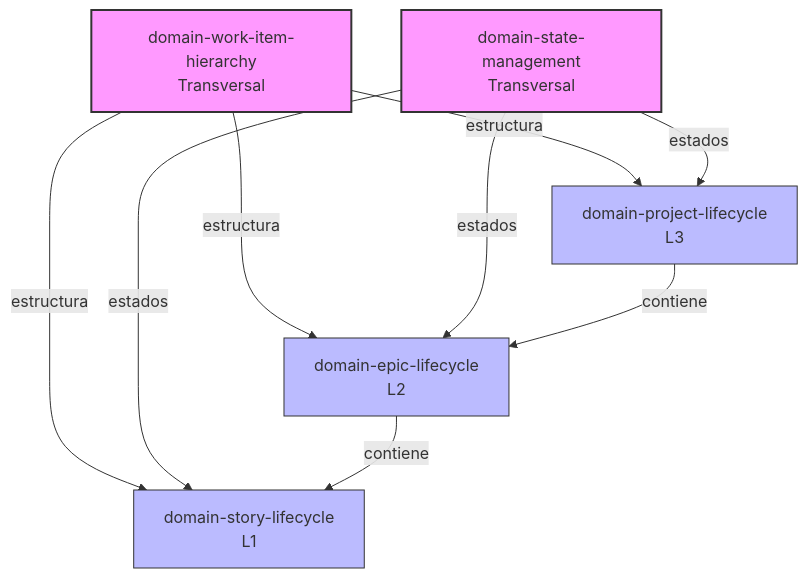
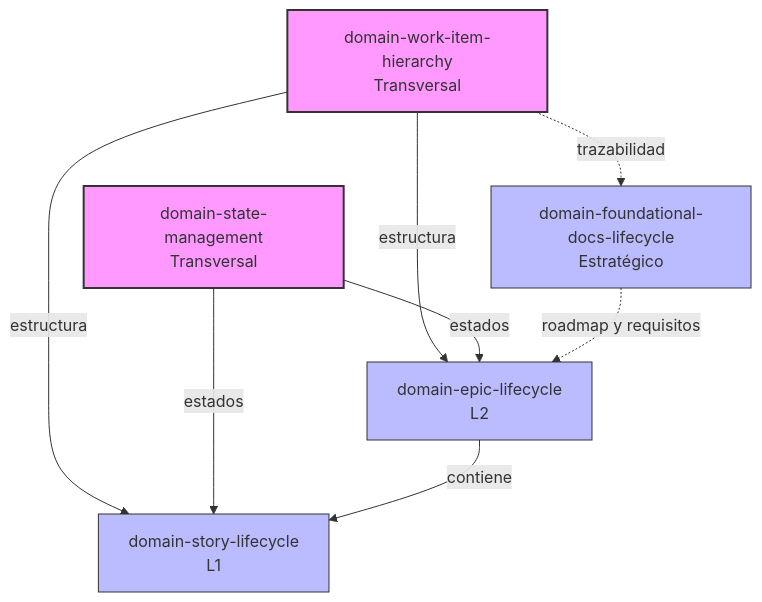
One commit to dariopalminio/agile-sddf changed the diagram in docs/domains/README.md. Above: the diagram before and after it, drawn with Mermaid. The commit also changed other lines of this file and 31 other files, not shown here.

````diff
--- a/docs/domains/README.md
+++ b/docs/domains/README.md
@@ -142,24 +143,23 @@
 ```mermaid
 graph TD
     H[domain-work-item-hierarchy<br/>Transversal]
     SM[domain-state-management<br/>Transversal]
-    PL[domain-project-lifecycle<br/>L3]
+    FD[domain-foundational-docs-lifecycle<br/>Estratégico]
     EL[domain-epic-lifecycle<br/>L2]
     SL[domain-story-lifecycle<br/>L1]
 
-    H -->|estructura| PL
+    H -. trazabilidad .-> FD
     H -->|estructura| EL
     H -->|estructura| SL
-    SM -->|estados| PL
     SM -->|estados| EL
     SM -->|estados| SL
 
-    PL -->|contiene| EL
+    FD -. roadmap y requisitos .-> EL
     EL -->|contiene| SL
 
     style H fill:#f9f,stroke:#333,stroke-width:2px
     style SM fill:#f9f,stroke:#333,stroke-width:2px
-    style PL fill:#bbf,stroke:#333
+    style FD fill:#bbf,stroke:#333
     style EL fill:#bbf,stroke:#333
     style SL fill:#bbf,stroke:#333
 ```
````
